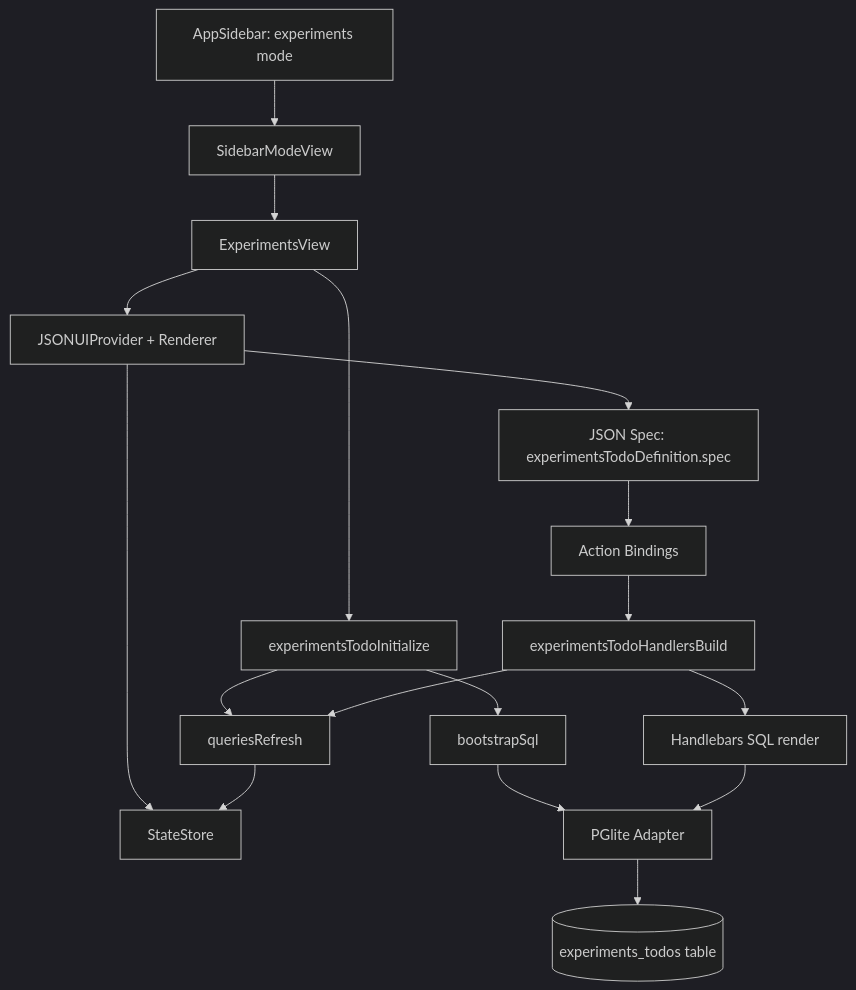
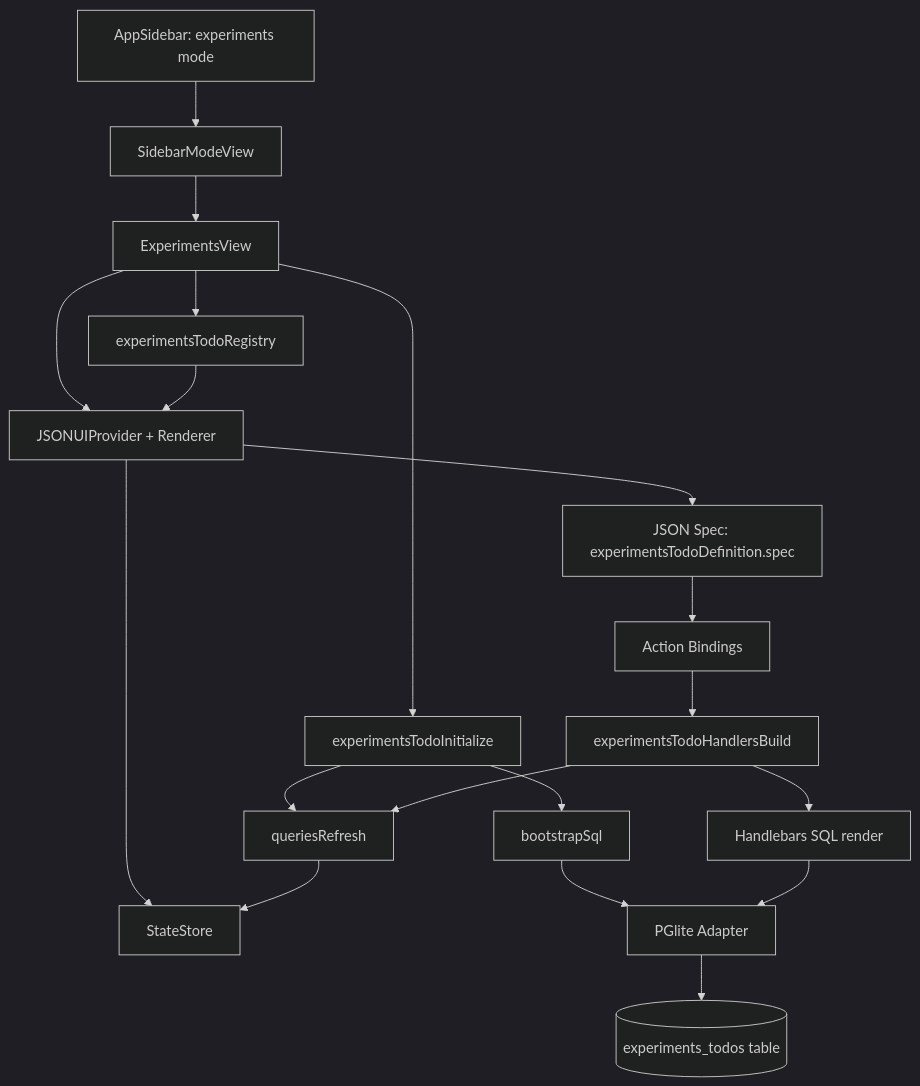
One commit to ex3ndr/daycare changed the first of 6 diagrams in doc/2026-03-03-experiments-sidebar.md. Above: the diagram before and after it, drawn with Mermaid (dark theme). The commit also changed other lines of this file and 3 other files, not shown here.

````diff
--- a/doc/2026-03-03-experiments-sidebar.md
+++ b/doc/2026-03-03-experiments-sidebar.md
@@ -15,19 +20,21 @@
 ```mermaid
 flowchart TD
     A[AppSidebar: experiments mode] --> B[SidebarModeView]
     B --> C[ExperimentsView]
     C --> D[JSONUIProvider + Renderer]
     D --> E[JSON Spec: experimentsTodoDefinition.spec]
     D --> F[StateStore]
     C --> G[experimentsTodoInitialize]
     G --> H[bootstrapSql]
     H --> I[PGlite Adapter]
     I --> J[(experiments_todos table)]
     G --> K[queriesRefresh]
     K --> F
     E --> L[Action Bindings]
     L --> M[experimentsTodoHandlersBuild]
     M --> N[Handlebars SQL render]
     N --> I
     M --> K
+    C --> O[experimentsTodoRegistry]
+    O --> D
 ```
````
